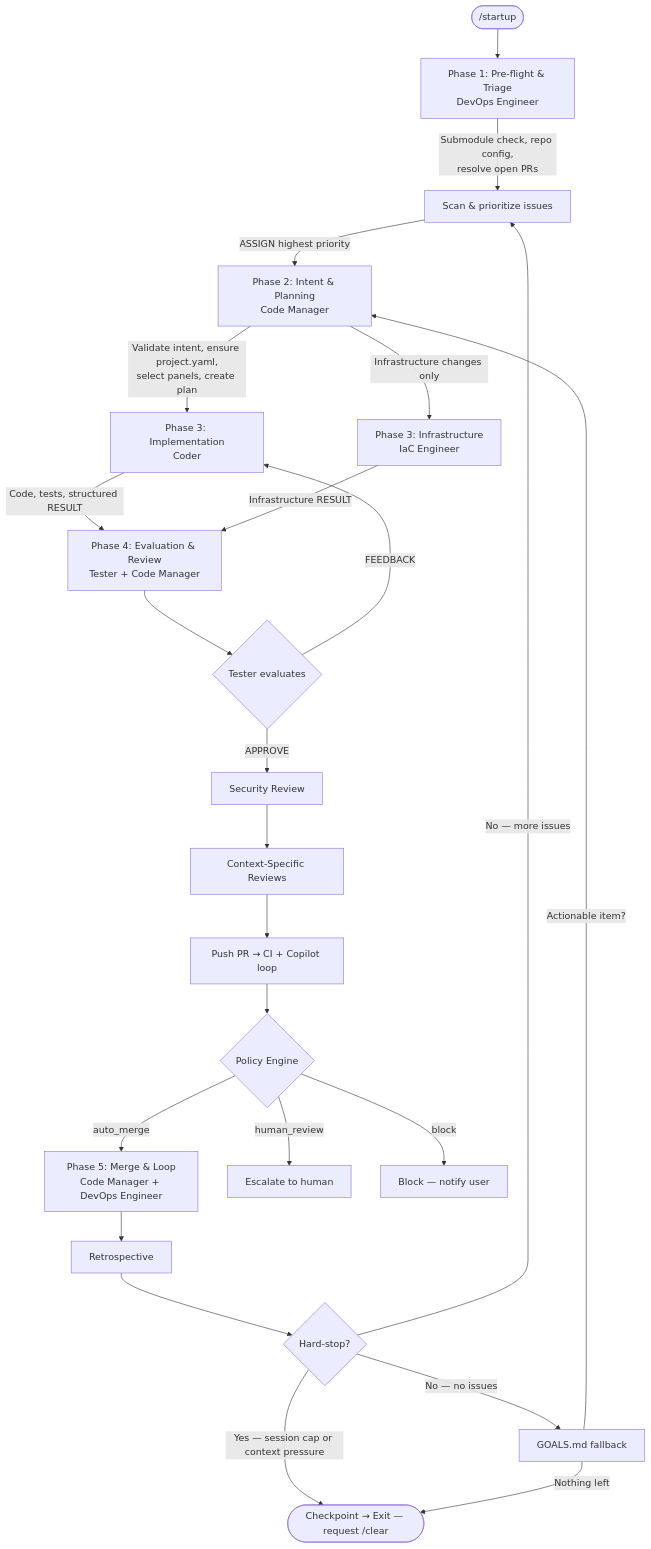
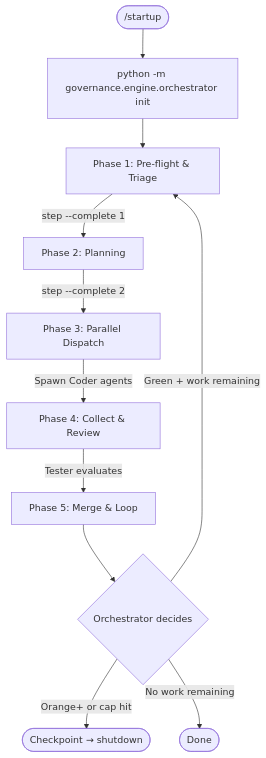
One commit to convergent-systems-co/ai-submodule changed the diagram in docs/onboarding/developer-guide.md. Above: the diagram before and after it, drawn with Mermaid. The commit also changed other lines of this file and 40 other files, not shown here.

````diff
--- a/docs/onboarding/developer-guide.md
+++ b/docs/onboarding/developer-guide.md
@@ -54,29 +54,14 @@
 ```mermaid
 flowchart TD
-    START([/startup]) --> PF[Phase 1: Pre-flight & Triage<br/>DevOps Engineer]
-    PF -->|Submodule check, repo config,<br/>resolve open PRs| SCAN[Scan & prioritize issues]
-    SCAN -->|ASSIGN highest priority| INTENT[Phase 2: Intent & Planning<br/>Code Manager]
-    INTENT -->|Validate intent, ensure project.yaml,<br/>select panels, create plan| IMPL[Phase 3: Implementation<br/>Coder]
-    INTENT -->|Infrastructure changes only| IAC[Phase 3: Infrastructure<br/>IaC Engineer]
-    IMPL -->|Code, tests, structured RESULT| EVAL[Phase 4: Evaluation & Review<br/>Tester + Code Manager]
-    IAC -->|Infrastructure RESULT| EVAL
+    START([/startup]) --> INIT["python -m governance.engine.orchestrator init"]
+    INIT --> PF[Phase 1: Pre-flight & Triage]
+    PF -->|step --complete 1| PLAN[Phase 2: Planning]
+    PLAN -->|step --complete 2| DISPATCH[Phase 3: Parallel Dispatch]
+    DISPATCH -->|Spawn Coder agents| COLLECT[Phase 4: Collect & Review]
+    COLLECT -->|Tester evaluates| MERGE[Phase 5: Merge & Loop]
 
-    EVAL --> TEST{Tester evaluates}
-    TEST -->|FEEDBACK| IMPL
-    TEST -->|APPROVE| SEC[Security Review]
-    SEC --> CTX[Context-Specific Reviews]
-    CTX --> PR[Push PR → CI + Copilot loop]
-    PR --> POLICY{Policy Engine}
-
-    POLICY -->|auto_merge| MERGE[Phase 5: Merge & Loop<br/>Code Manager + DevOps Engineer]
-    POLICY -->|human_review| HUMAN[Escalate to human]
-    POLICY -->|block| BLOCK[Block — notify user]
-
-    MERGE --> RETRO[Retrospective]
-    RETRO --> DECIDE{Hard-stop?}
-    DECIDE -->|Yes — session cap or context pressure| EXIT([Checkpoint → Exit — request /clear])
-    DECIDE -->|No — more issues| SCAN
-    DECIDE -->|No — no issues| GOALS[GOALS.md fallback]
-    GOALS -->|Actionable item?| INTENT
-    GOALS -->|Nothing left| EXIT
+    MERGE --> DECIDE{Orchestrator decides}
+    DECIDE -->|Green + work remaining| PF
+    DECIDE -->|Orange+ or cap hit| EXIT([Checkpoint → shutdown])
+    DECIDE -->|No work remaining| DONE([Done])
 ```
````
